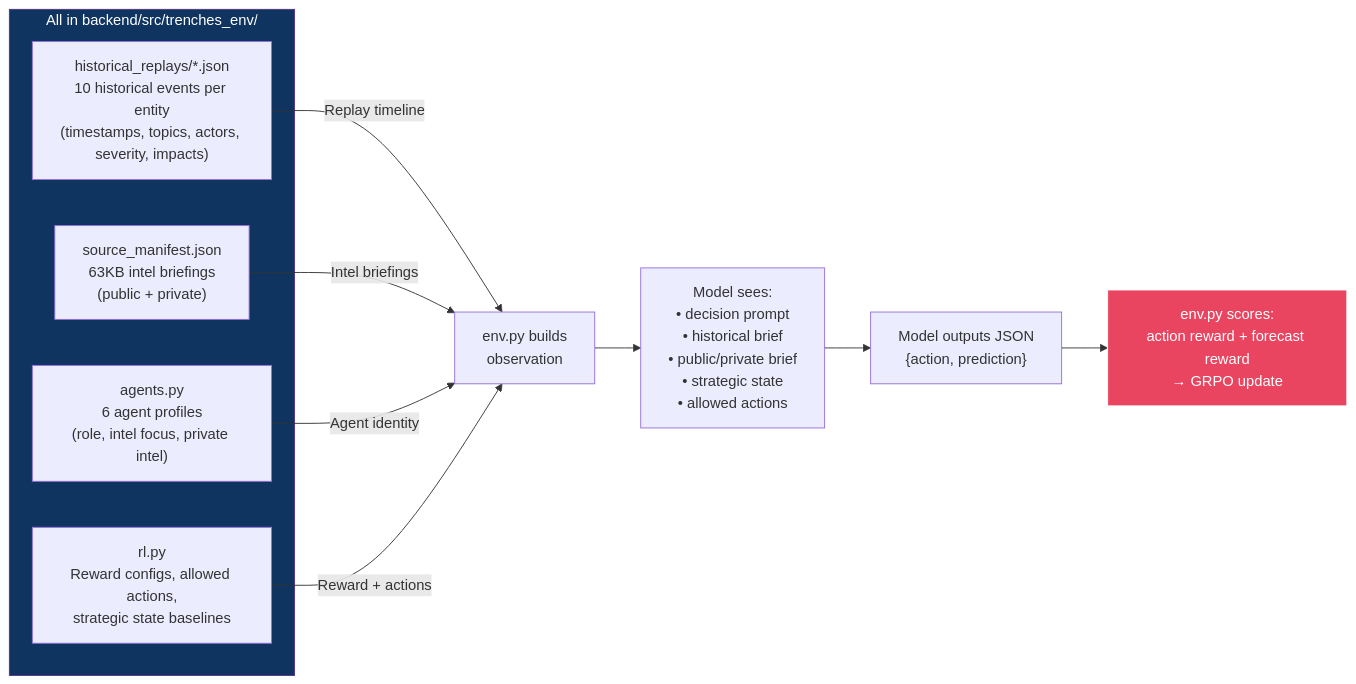
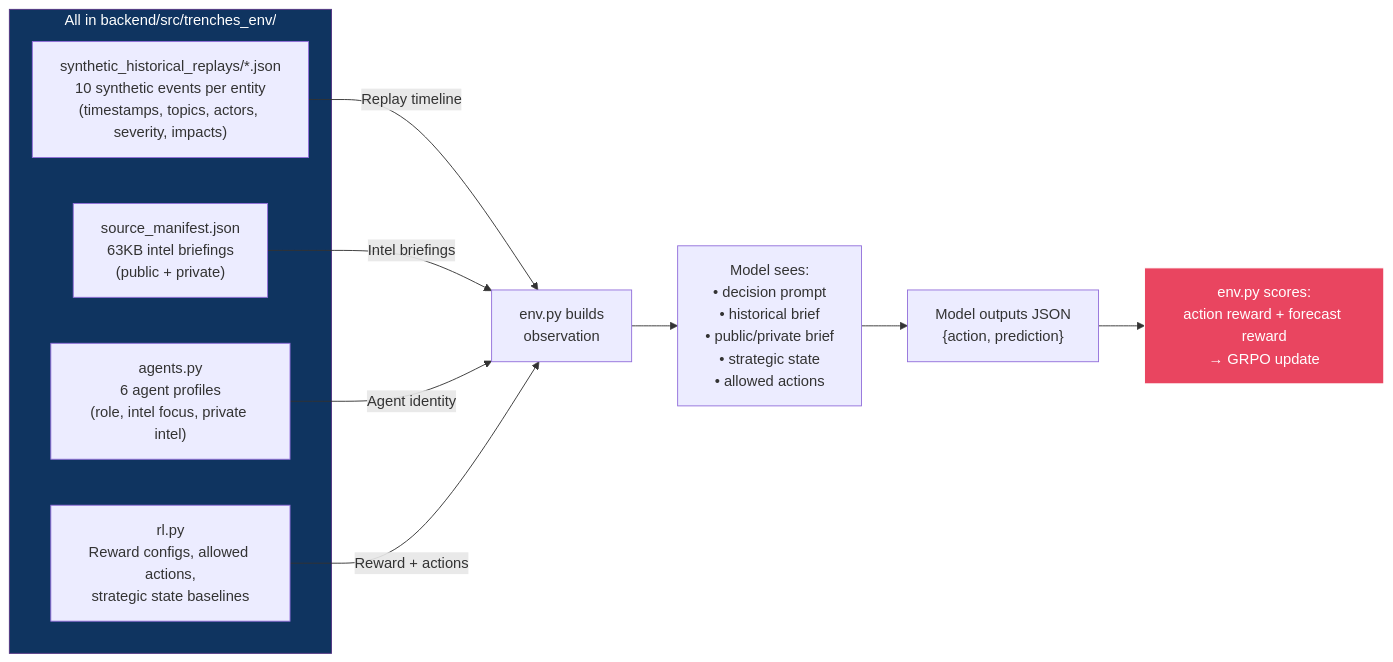
Before and after one commit to shlawgathon/trenches: the third of 4 diagrams in backend/TRAINING_FLOW.md, drawn with Mermaid. The commit also changed other lines of this file and 3 other files, not shown here.

````diff
--- a/backend/TRAINING_FLOW.md
+++ b/backend/TRAINING_FLOW.md
@@ -106,22 +106,22 @@
 ```mermaid
 flowchart LR
     subgraph Bundled["All in backend/src/trenches_env/"]
-        REPLAY["historical_replays/*.json<br/>10 historical events per entity<br/>(timestamps, topics, actors, severity, impacts)"]
+        REPLAY["synthetic_historical_replays/*.json<br/>10 synthetic events per entity<br/>(timestamps, topics, actors, severity, impacts)"]
         MANIFEST["source_manifest.json<br/>63KB intel briefings<br/>(public + private)"]
         AGENTS["agents.py<br/>6 agent profiles<br/>(role, intel focus, private intel)"]
         RL["rl.py<br/>Reward configs, allowed actions,<br/>strategic state baselines"]
     end
 
     REPLAY -->|"Replay timeline"| ENV["env.py builds<br/>observation"]
     MANIFEST -->|"Intel briefings"| ENV
     AGENTS -->|"Agent identity"| ENV
     RL -->|"Reward + actions"| ENV
 
     ENV --> PROMPT["Model sees:<br/>• decision prompt<br/>• historical brief<br/>• public/private brief<br/>• strategic state<br/>• allowed actions"]
 
     PROMPT --> MODEL["Model outputs JSON<br/>{action, prediction}"]
     MODEL --> SCORE["env.py scores:<br/>action reward + forecast reward<br/>→ GRPO update"]
 
     style Bundled fill:#0f3460,stroke:#533483,color:#fff
     style SCORE fill:#e94560,stroke:#fff,color:#fff
 ```
````
